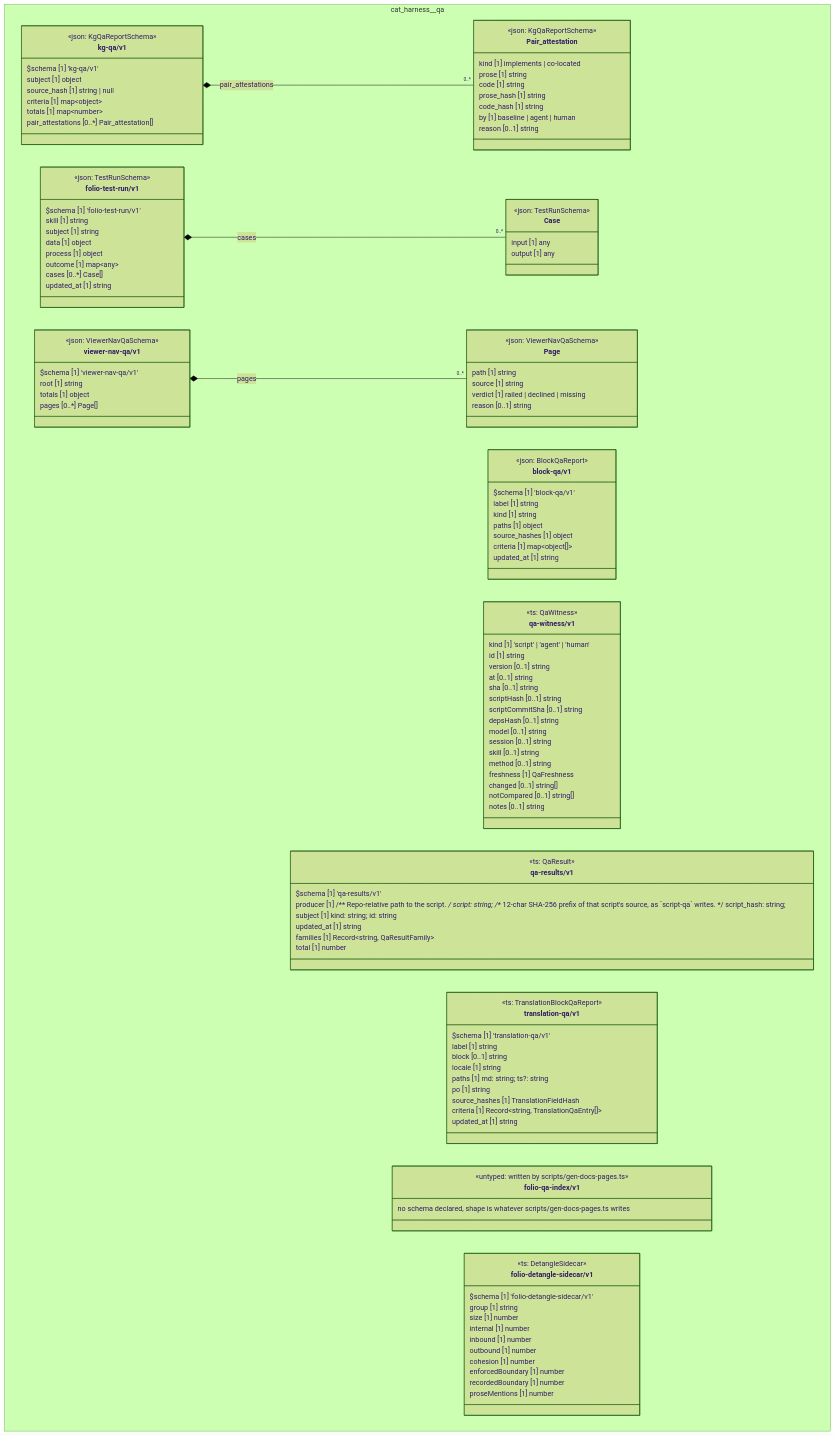
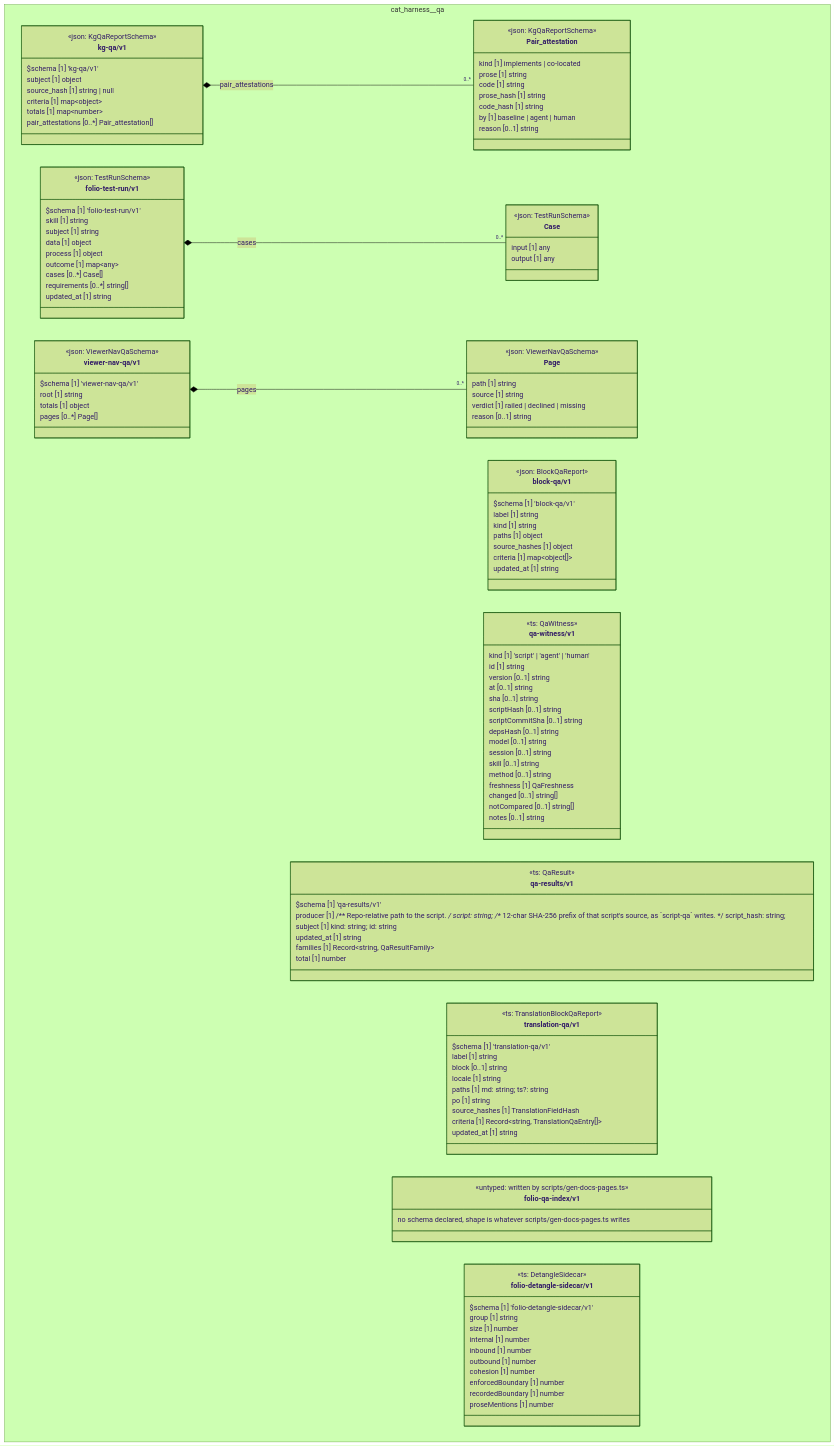
Before and after one commit to litlfred/folio-assistant: the diagram in cat-harness/docs/uml/overview/cat-harness/qa.md, drawn with Mermaid (forest theme). The commit also changed 139 other files, not shown here.

```diff
--- a/cat-harness/docs/uml/overview/cat-harness/qa.md
+++ b/cat-harness/docs/uml/overview/cat-harness/qa.md
@@ -85,6 +85,7 @@
       process [1] object
       outcome [1] map~any~
       cases [0..*] Case[]
+      requirements [0..*] string[]
       updated_at [1] string
     }
     class cat_harness_qa_qa_witness_v1["qa-witness/v1"] {
```
